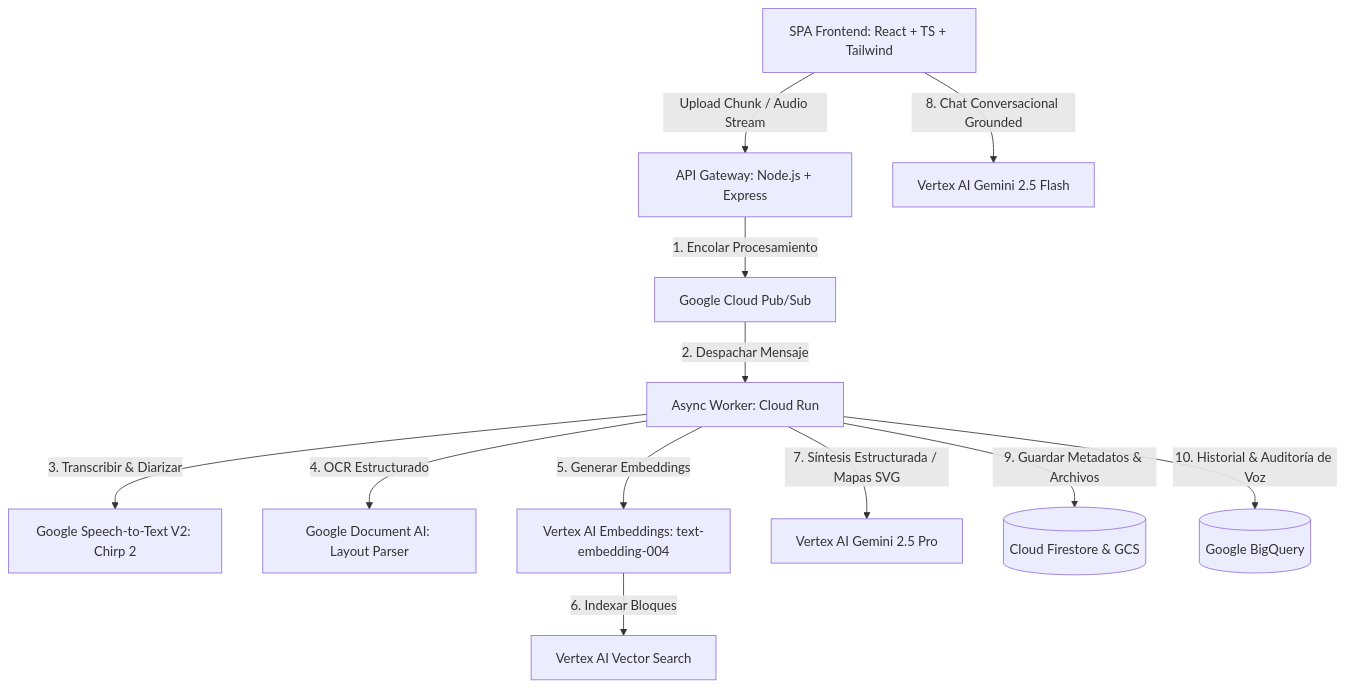
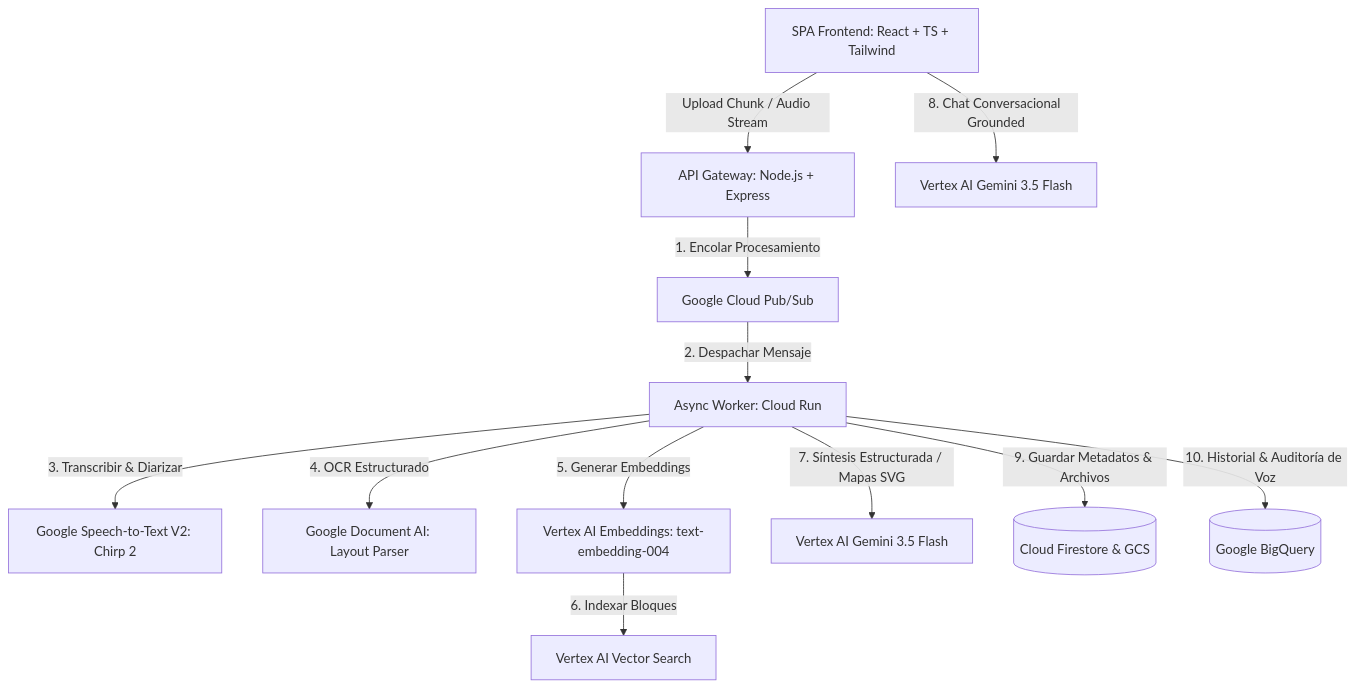
One commit to yasuguerra/plaud-own changed the diagram in docs/TECH_SPECS.md. Above: the diagram before and after it, drawn with Mermaid. The commit also changed other lines of this file and 5 other files, not shown here.

Commit message:
feat(pipeline): integrate gemini-3.5-flash & gemini-3.1-pro with self-healing STT fallback and GCS media streaming

````diff
--- a/docs/TECH_SPECS.md
+++ b/docs/TECH_SPECS.md
@@ -12,17 +12,17 @@
 ```mermaid
 graph TD
     Client[SPA Frontend: React + TS + Tailwind] -->|Upload Chunk / Audio Stream| Server[API Gateway: Node.js + Express]
     Server -->|1. Encolar Procesamiento| PubSub[Google Cloud Pub/Sub]
     PubSub -->|2. Despachar Mensaje| Worker[Async Worker: Cloud Run]
     
     Worker -->|3. Transcribir & Diarizar| STTv2[Google Speech-to-Text V2: Chirp 2]
     Worker -->|4. OCR Estructurado| DocAI[Google Document AI: Layout Parser]
     Worker -->|5. Generar Embeddings| Embeddings[Vertex AI Embeddings: text-embedding-004]
     Embeddings -->|6. Indexar Bloques| VectorSearch[Vertex AI Vector Search]
     
-    Worker -->|7. Síntesis Estructurada / Mapas SVG| GeminiPro[Vertex AI Gemini 2.5 Pro]
-    Client -->|8. Chat Conversacional Grounded| GeminiFlash[Vertex AI Gemini 2.5 Flash]
+    Worker -->|7. Síntesis Estructurada / Mapas SVG| Gemini[Vertex AI Gemini 3.5 Flash]
+    Client -->|8. Chat Conversacional Grounded| GeminiChat[Vertex AI Gemini 3.5 Flash]
     
     Worker -->|9. Guardar Metadatos & Archivos| DB[(Cloud Firestore & GCS)]
     Worker -->|10. Historial & Auditoría de Voz| BigQuery[(Google BigQuery)]
 ```
````
